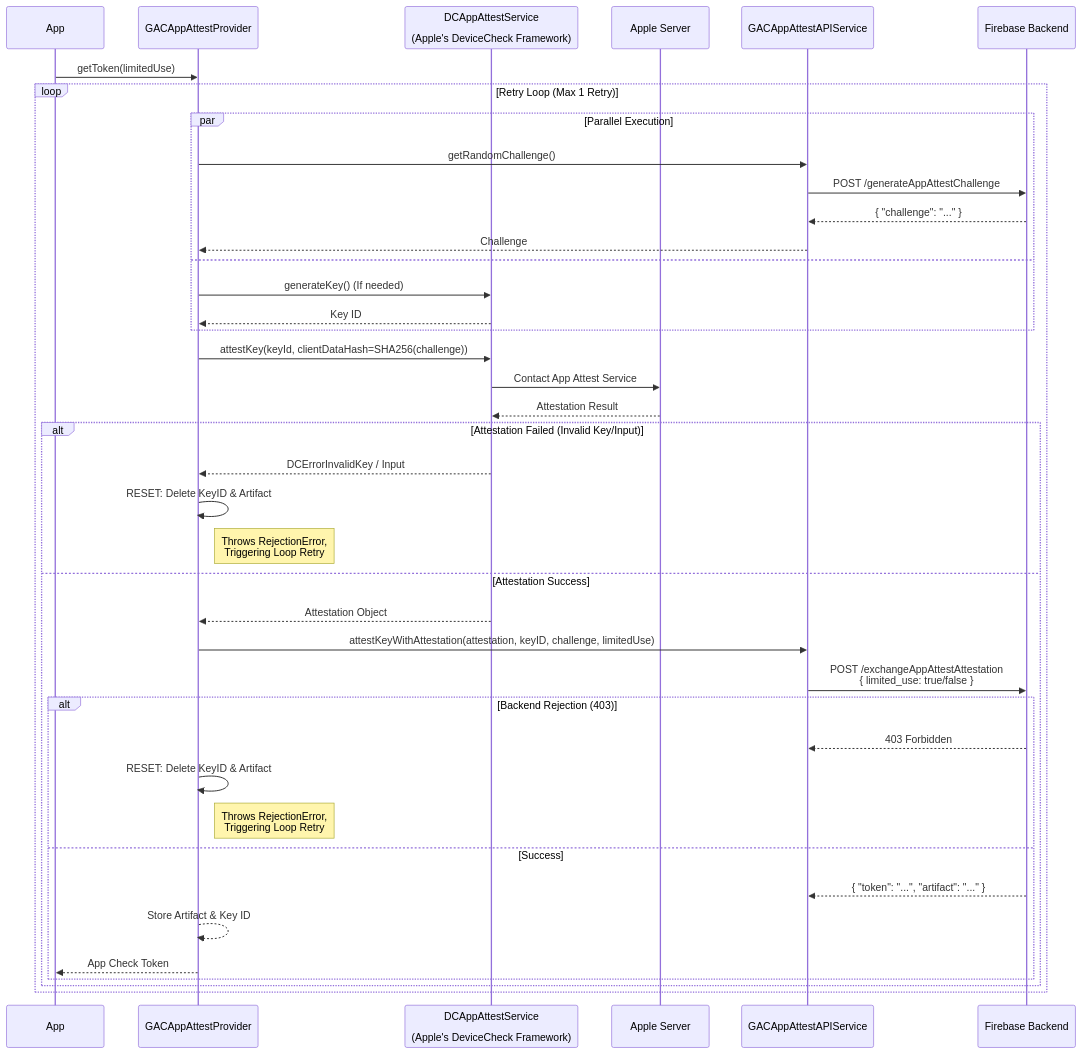
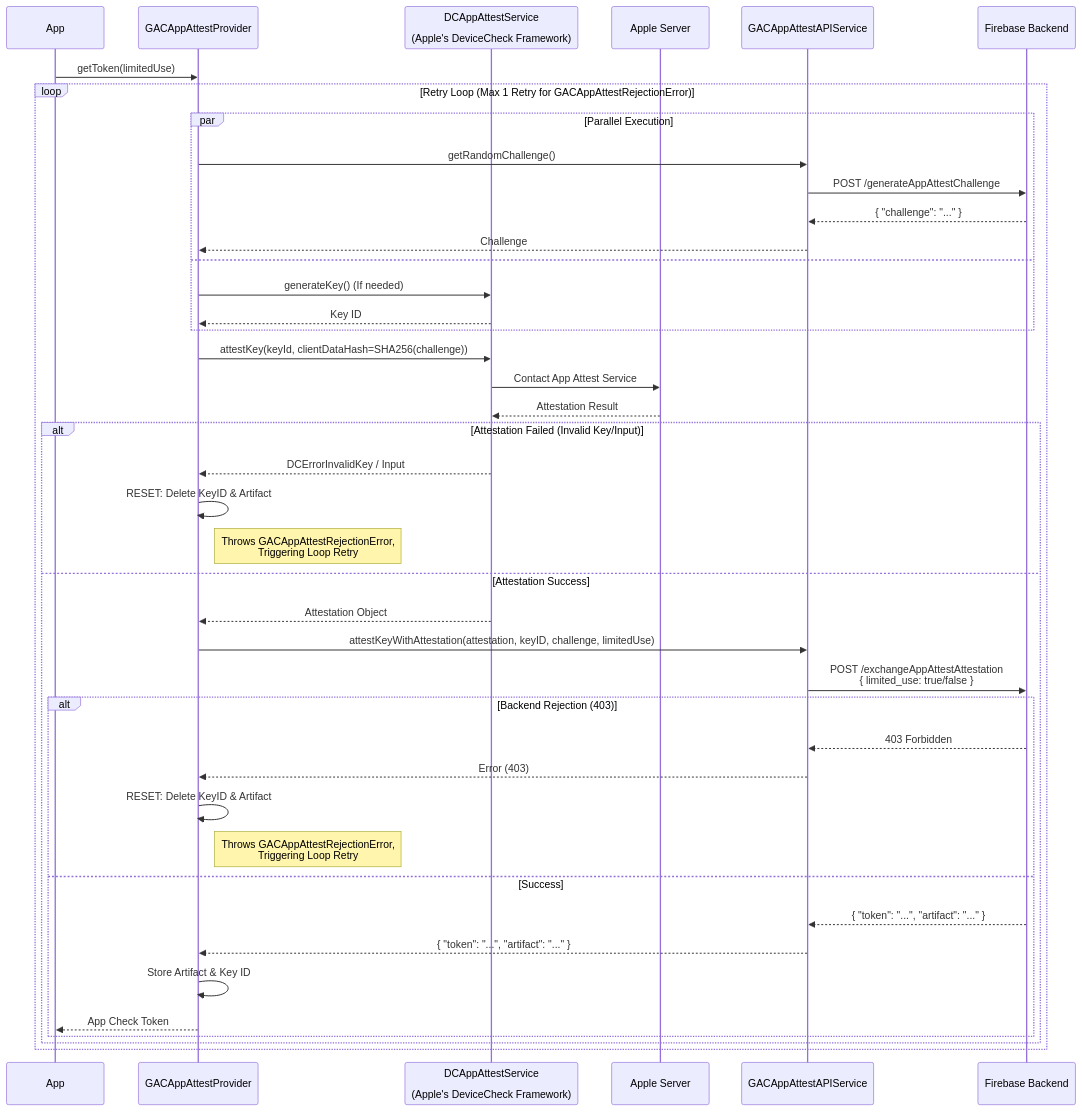
One commit to google/app-check changed the third of 4 diagrams in docs/providers/app-attest.md. Above: the diagram before and after it, drawn with Mermaid. The commit also changed other lines of this file, not shown here.

````diff
--- a/docs/providers/app-attest.md
+++ b/docs/providers/app-attest.md
@@ -157,47 +157,49 @@
 ```mermaid
 sequenceDiagram
     participant App
     participant Provider as GACAppAttestProvider
     participant Apple as DCAppAttestService<br/><br/>(Apple's DeviceCheck Framework)
     participant AppleServer as Apple Server
     participant API as GACAppAttestAPIService
     participant Backend as Firebase Backend
 
     App->>Provider: getToken(limitedUse)
     
-    loop Retry Loop (Max 1 Retry)
+    loop Retry Loop (Max 1 Retry for GACAppAttestRejectionError)
         par Parallel Execution
             Provider->>API: getRandomChallenge()
             API->>Backend: POST /generateAppAttestChallenge
             Backend-->>API: { "challenge": "..." }
             API-->>Provider: Challenge
         and
             Provider->>Apple: generateKey() (If needed)
             Apple-->>Provider: Key ID
         end
 
         Provider->>Apple: attestKey(keyId, clientDataHash=SHA256(challenge))
         Apple->>AppleServer: Contact App Attest Service
         AppleServer-->>Apple: Attestation Result
         
         alt Attestation Failed (Invalid Key/Input)
             Apple-->>Provider: DCErrorInvalidKey / Input
             Provider->>Provider: RESET: Delete KeyID & Artifact
-            Note right of Provider: Throws RejectionError,<br/>Triggering Loop Retry
+            Note right of Provider: Throws GACAppAttestRejectionError,<br/>Triggering Loop Retry
         else Attestation Success
             Apple-->>Provider: Attestation Object
             Provider->>API: attestKeyWithAttestation(attestation, keyID, challenge, limitedUse)
             API->>Backend: POST /exchangeAppAttestAttestation<br/>{ limited_use: true/false }
             
             alt Backend Rejection (403)
                 Backend-->>API: 403 Forbidden
+                API-->>Provider: Error (403)
                 Provider->>Provider: RESET: Delete KeyID & Artifact
-                Note right of Provider: Throws RejectionError,<br/>Triggering Loop Retry
+                Note right of Provider: Throws GACAppAttestRejectionError,<br/>Triggering Loop Retry
             else Success
                 Backend-->>API: { "token": "...", "artifact": "..." }
-                Provider-->>Provider: Store Artifact & Key ID
+                API-->>Provider: { "token": "...", "artifact": "..." }
+                Provider->>Provider: Store Artifact & Key ID
                 Provider-->>App: App Check Token
             end
         end
     end
 ```
````
